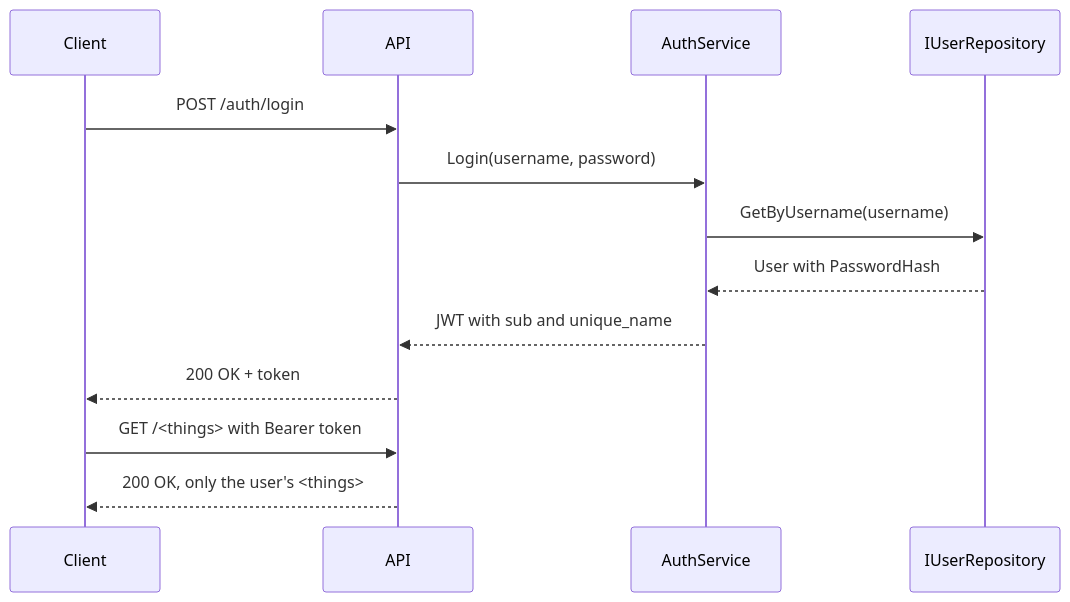
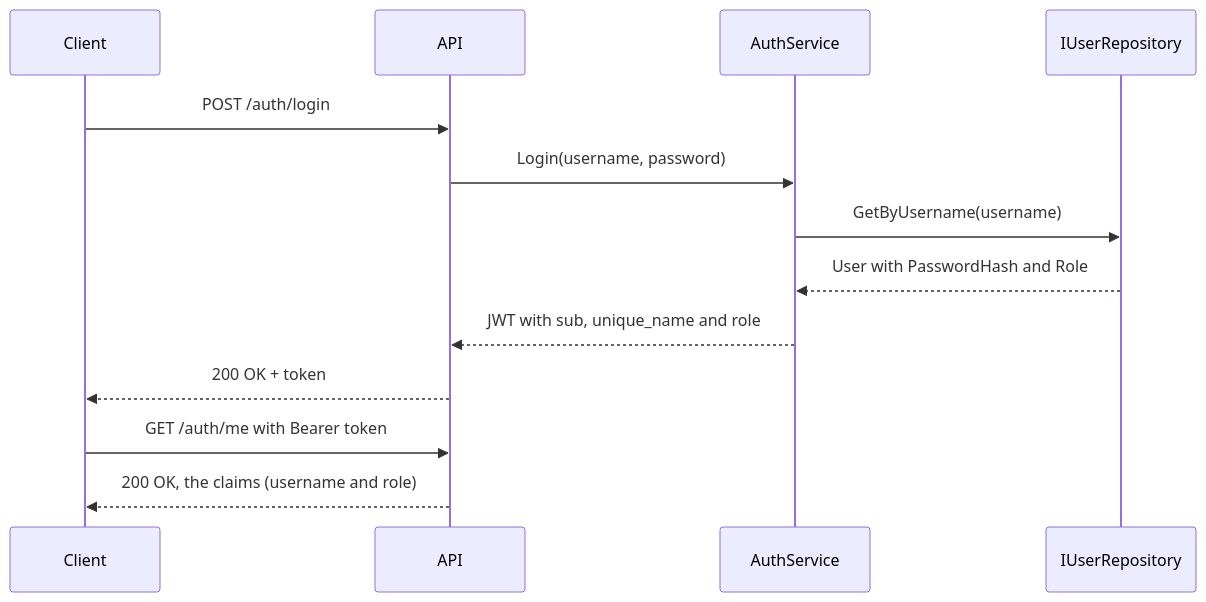
Before and after one commit to bj0594/TailorManager: the second of 7 diagrams in Documentation/Specification.md, drawn with Mermaid. The commit also changed other lines of this file and 2 other files, not shown here.

````diff
--- a/Documentation/Specification.md
+++ b/Documentation/Specification.md
@@ -178,15 +178,15 @@
 ```mermaid
 sequenceDiagram
     participant C as Client
     participant A as API
     participant S as AuthService
     participant R as IUserRepository
     C->>A: POST /auth/login
     A->>S: Login(username, password)
     S->>R: GetByUsername(username)
-    R-->>S: User with PasswordHash
-    S-->>A: JWT with sub and unique_name
+    R-->>S: User with PasswordHash and Role
+    S-->>A: JWT with sub, unique_name and role
     A-->>C: 200 OK + token
-    C->>A: GET /<things> with Bearer token
-    A-->>C: 200 OK, only the user's <things>
+    C->>A: GET /auth/me with Bearer token
+    A-->>C: 200 OK, the claims (username and role)
 ```
````
